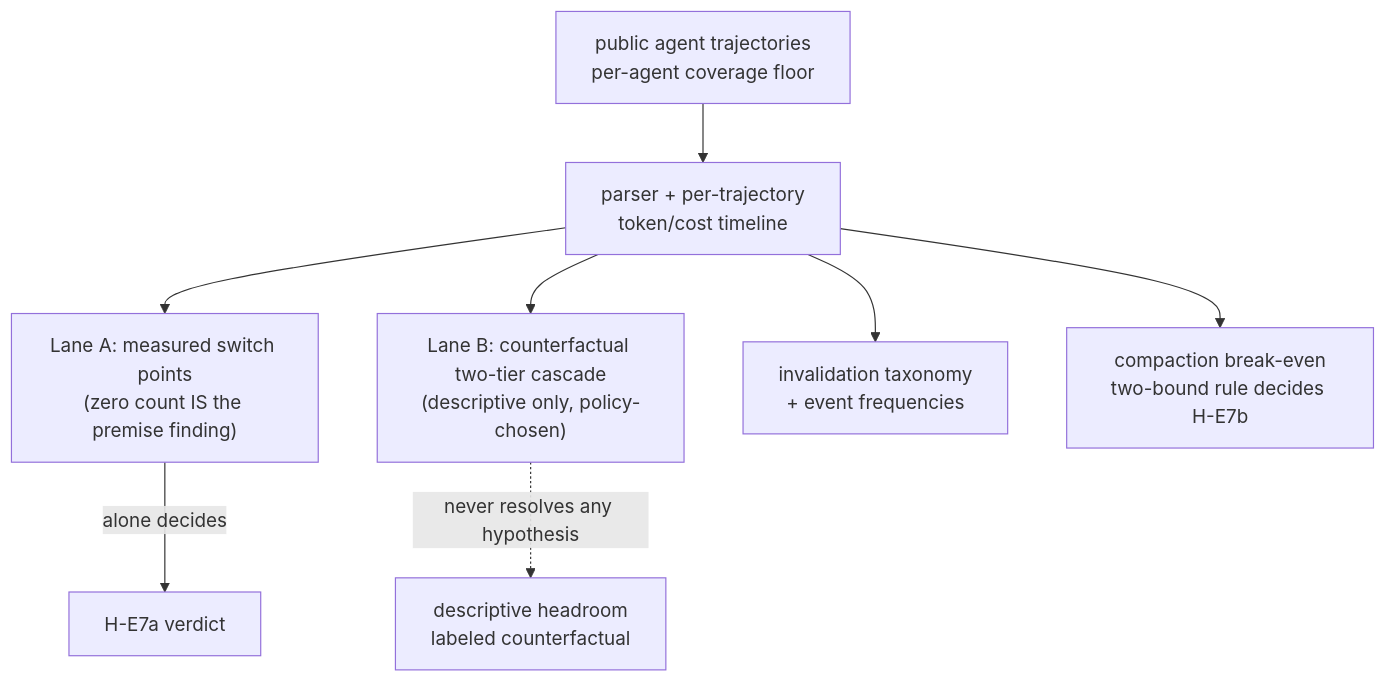
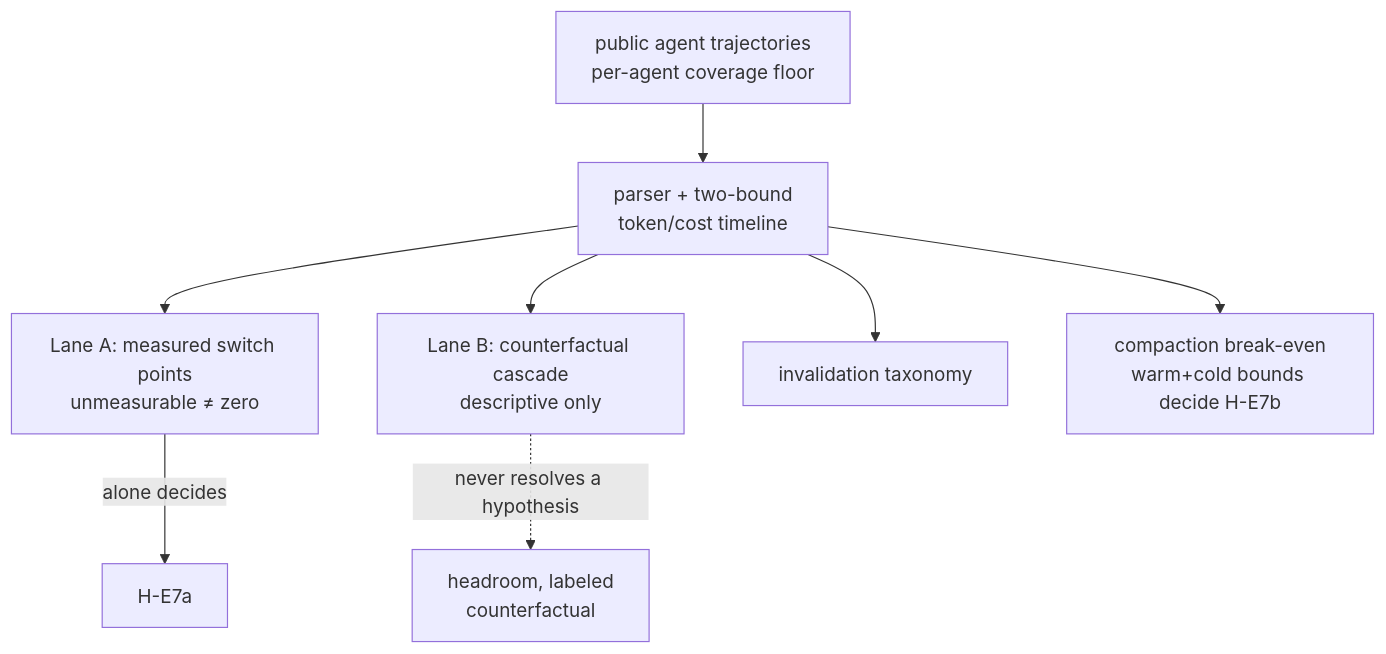
One commit to hossainpazooki/linear-ceiling changed the third of 6 diagrams in README.md. Above: the diagram before and after it, drawn with Mermaid. The commit also changed other lines of this file and 3 other files, not shown here.

````diff
--- a/README.md
+++ b/README.md
@@ -49,10 +53,10 @@
 ```mermaid
 flowchart TD
-    T[public agent trajectories<br/>per-agent coverage floor] --> P[parser + per-trajectory<br/>token/cost timeline]
-    P --> A["Lane A: measured switch points<br/>(zero count IS the premise finding)"]
-    P --> B["Lane B: counterfactual two-tier cascade<br/>(descriptive only, policy-chosen)"]
-    A -->|alone decides| HA[H-E7a verdict]
-    B -.->|never resolves any hypothesis| DESC[descriptive headroom<br/>labeled counterfactual]
-    P --> TAX[invalidation taxonomy<br/>+ event frequencies]
-    P --> CB[compaction break-even<br/>two-bound rule decides H-E7b]
+    T[public agent trajectories<br/>per-agent coverage floor] --> P[parser + two-bound<br/>token/cost timeline]
+    P --> A["Lane A: measured switch points<br/>unmeasurable ≠ zero"]
+    P --> B["Lane B: counterfactual cascade<br/>descriptive only"]
+    A -->|alone decides| HA[H-E7a]
+    B -.->|never resolves a hypothesis| DESC[headroom, labeled<br/>counterfactual]
+    P --> TAX[invalidation taxonomy]
+    P --> CB[compaction break-even<br/>warm+cold bounds decide H-E7b]
 ```
````
